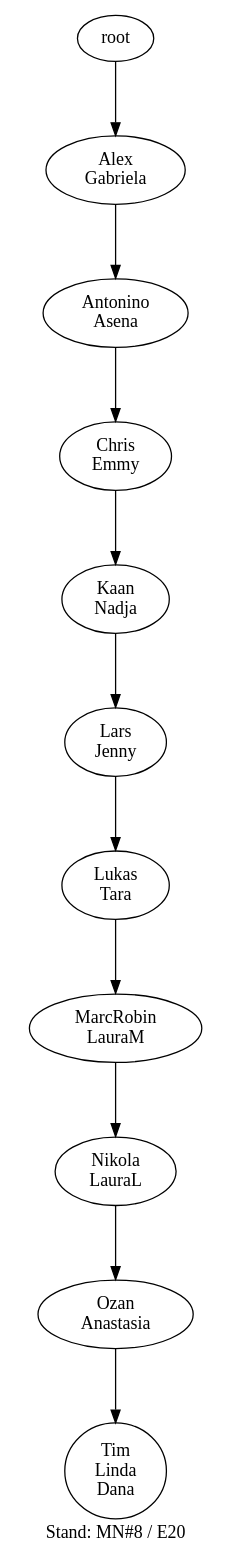
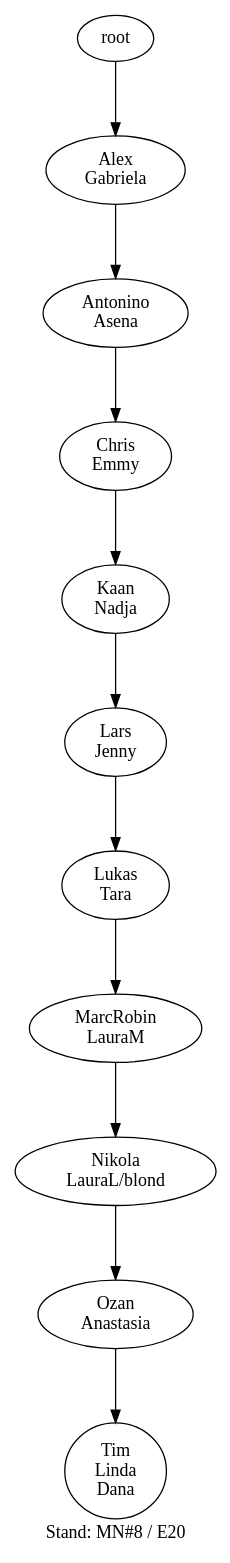
One commit to atticus-sullivan/sim-ayto changed the diagram in data/de04r/de04r.dot. Above: the diagram before and after it, drawn with Graphviz. The commit also changed 40 other files, not shown here.

```diff
--- a/data/de04r/de04r.dot
+++ b/data/de04r/de04r.dot
@@ -1,22 +1,22 @@
 digraph D { labelloc="b"; label="Stand: MN#8 / E20"; ranksep=0.8;
 "root/3"[label="Alex\nGabriela"]
 "root" -> "root/3";
 "root/3/1"[label="Antonino\nAsena"]
 "root/3" -> "root/3/1";
 "root/3/1/2"[label="Chris\nEmmy"]
 "root/3/1" -> "root/3/1/2";
 "root/3/1/2/8"[label="Kaan\nNadja"]
 "root/3/1/2" -> "root/3/1/2/8";
 "root/3/1/2/8/4"[label="Lars\nJenny"]
 "root/3/1/2/8" -> "root/3/1/2/8/4";
 "root/3/1/2/8/4/9"[label="Lukas\nTara"]
 "root/3/1/2/8/4" -> "root/3/1/2/8/4/9";
 "root/3/1/2/8/4/9/6"[label="MarcRobin\nLauraM"]
 "root/3/1/2/8/4/9" -> "root/3/1/2/8/4/9/6";
-"root/3/1/2/8/4/9/6/5"[label="Nikola\nLauraL"]
+"root/3/1/2/8/4/9/6/5"[label="Nikola\nLauraL/blond"]
 "root/3/1/2/8/4/9/6" -> "root/3/1/2/8/4/9/6/5";
 "root/3/1/2/8/4/9/6/5/0"[label="Ozan\nAnastasia"]
 "root/3/1/2/8/4/9/6/5" -> "root/3/1/2/8/4/9/6/5/0";
 "root/3/1/2/8/4/9/6/5/0/7,10"[label="Tim\nLinda\nDana"]
 "root/3/1/2/8/4/9/6/5/0" -> "root/3/1/2/8/4/9/6/5/0/7,10";
 }
```
